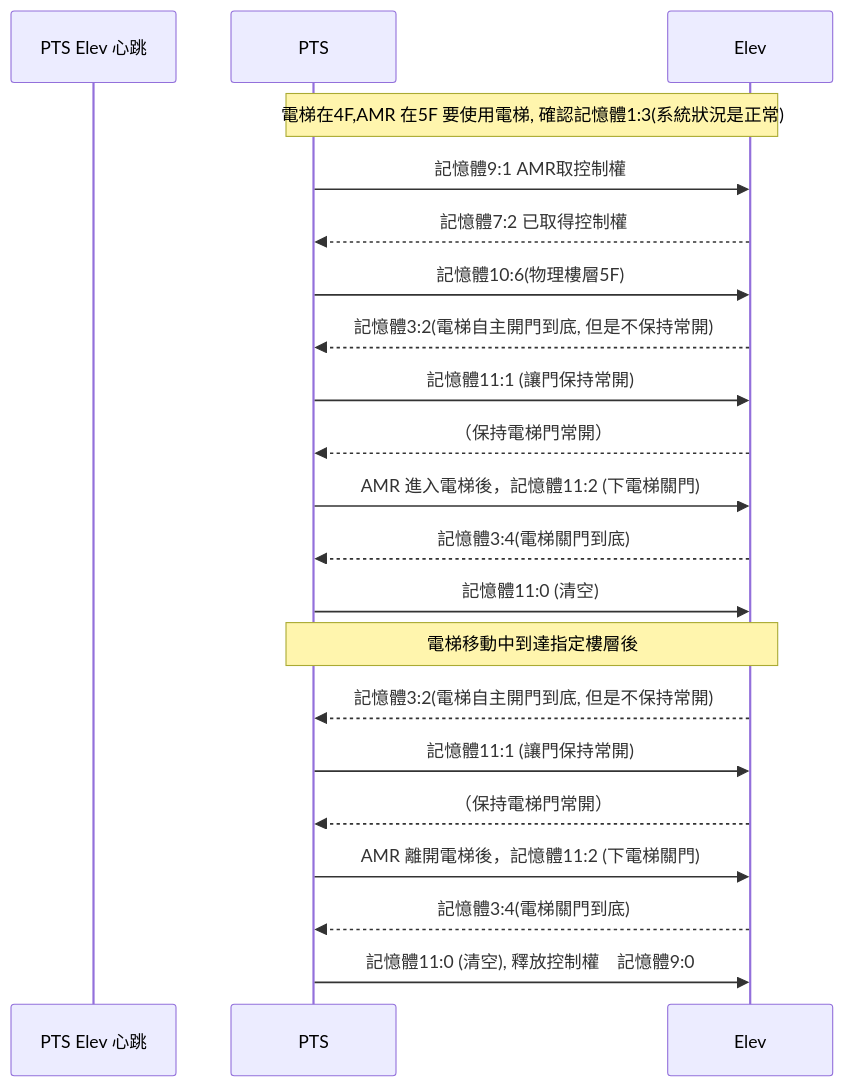
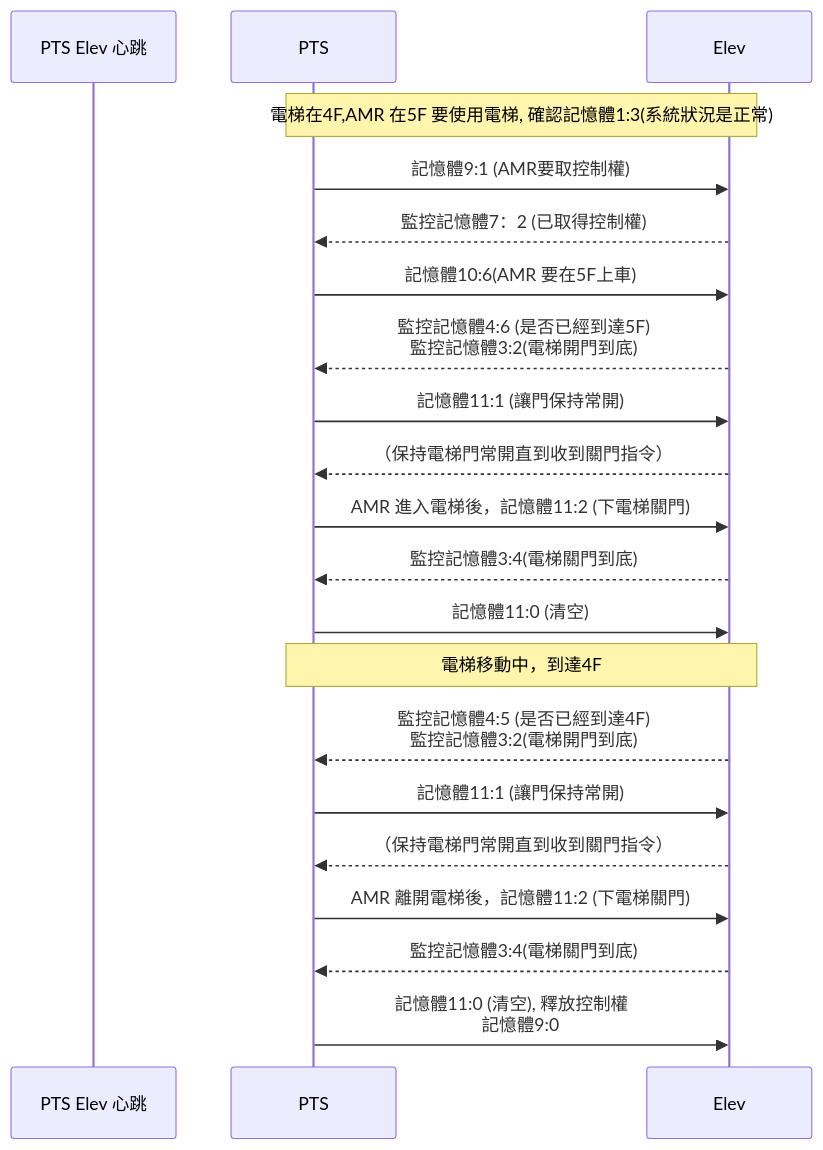
Before and after one commit to athena-tircgo/amr-elev-Zhunan: the second of 2 diagrams in README.md, drawn with Mermaid.

````diff
--- a/README.md
+++ b/README.md
@@ -23,26 +23,26 @@
 ```mermaid
 sequenceDiagram
 
     participant PTS Elev 心跳
     participant PTS
     participant Elev
 
  note over PTS,Elev: 電梯在4F,AMR 在5F 要使用電梯, 確認記憶體1:3(系統狀況是正常)
-        PTS->>Elev:記憶體9:1 AMR取控制權
-        Elev-->>PTS: 記憶體7:2 已取得控制權
-        PTS->>Elev: 記憶體10:6(物理樓層5F)
-        Elev-->>PTS: 記憶體3:2(電梯自主開門到底, 但是不保持常開)
+        PTS->>Elev:記憶體9:1 (AMR要取控制權)
+        Elev-->>PTS:監控記憶體7：2 (已取得控制權)
+        PTS->>Elev: 記憶體10:6(AMR 要在5F上車)
+        Elev-->>PTS:監控記憶體4:6 (是否已經到達5F) <BR> 監控記憶體3:2(電梯開門到底)
         PTS->>Elev: 記憶體11:1 (讓門保持常開)
-        Elev-->>PTS:（保持電梯門常開）　　
+        Elev-->>PTS:（保持電梯門常開直到收到關門指令）　　
         PTS->>Elev: AMR 進入電梯後，記憶體11:2 (下電梯關門)
-        Elev-->>PTS: 記憶體3:4(電梯關門到底)
+        Elev-->>PTS: 監控記憶體3:4(電梯關門到底)
         PTS->>Elev: 記憶體11:0 (清空)
- note over PTS,Elev: 電梯移動中到達指定樓層後
-　　　　　Elev-->>PTS: 記憶體3:2(電梯自主開門到底, 但是不保持常開)
+ note over PTS,Elev: 電梯移動中，到達4F
+　　　　　Elev-->>PTS: 監控記憶體4:5 (是否已經到達4F) <BR> 監控記憶體3:2(電梯開門到底)
         PTS->>Elev: 記憶體11:1 (讓門保持常開)
-        Elev-->>PTS:（保持電梯門常開）　　
+        Elev-->>PTS:（保持電梯門常開直到收到關門指令）　　　
         PTS->>Elev: AMR 離開電梯後，記憶體11:2 (下電梯關門)
-        Elev-->>PTS: 記憶體3:4(電梯關門到底)
-        PTS->>Elev: 記憶體11:0 (清空), 釋放控制權　記憶體9:0
+        Elev-->>PTS: 監控記憶體3:4(電梯關門到底)
+        PTS->>Elev: 記憶體11:0 (清空), 釋放控制權　<br>記憶體9:0 
 　　　　　
 ```
````
